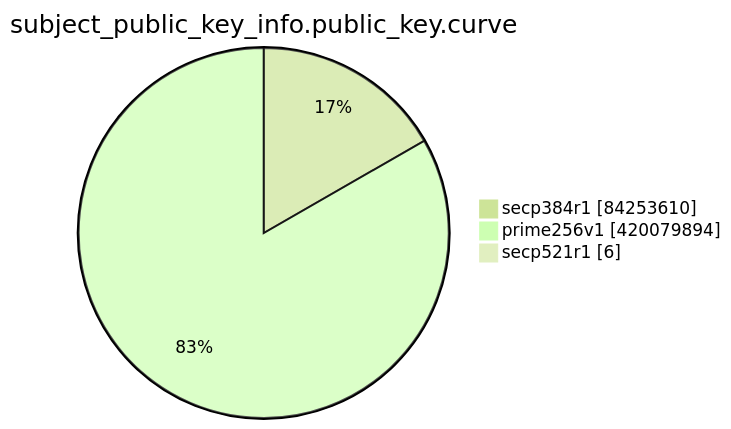
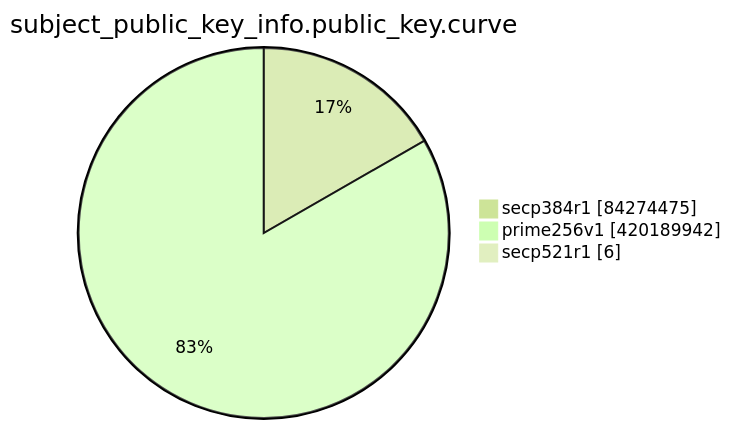
One commit to christiankrug/ctmonitor_visualization changed the eighth of 15 diagrams in TOTAL/README.md. Above: the diagram before and after it, drawn with Mermaid (forest theme). The commit also changed other lines of this file, not shown here.

````diff
--- a/TOTAL/README.md
+++ b/TOTAL/README.md
@@ -3099,7 +3099,7 @@
 ```mermaid
 pie showData
 title subject_public_key_info.public_key.curve
-"secp384r1" :84253610
-"prime256v1" :420079894
+"secp384r1" :84274475
+"prime256v1" :420189942
 "secp521r1" :6
 ```
````
